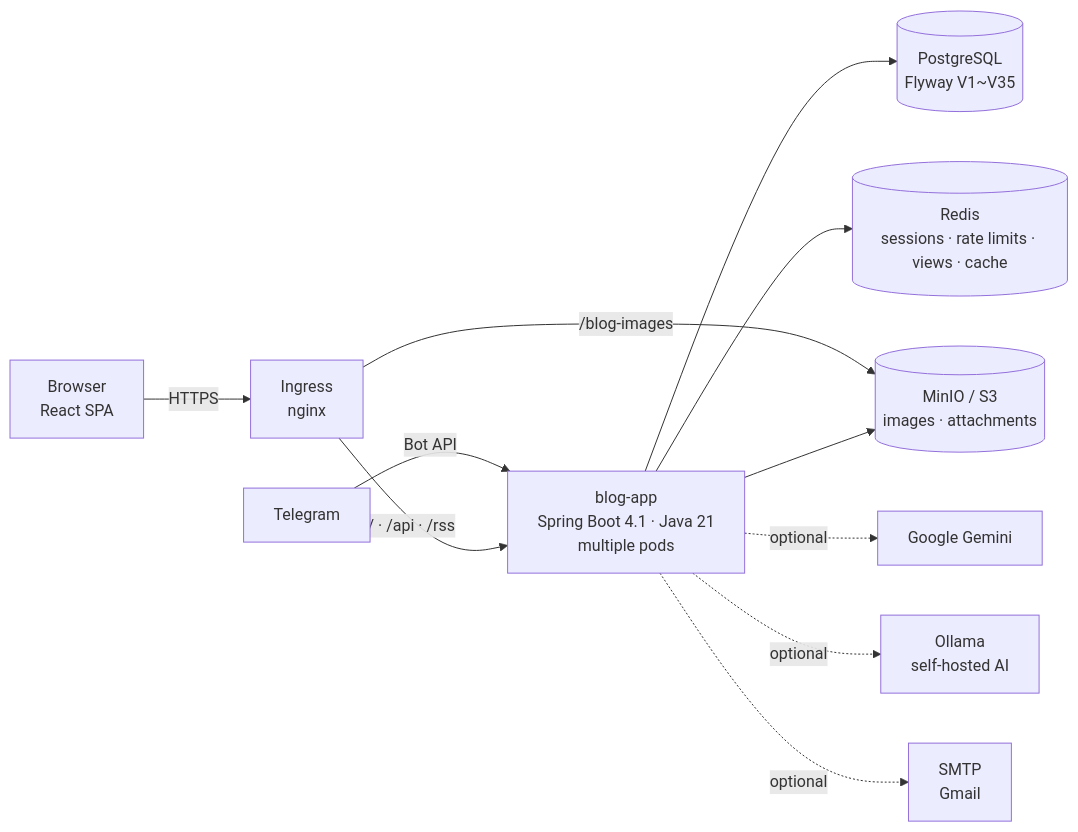
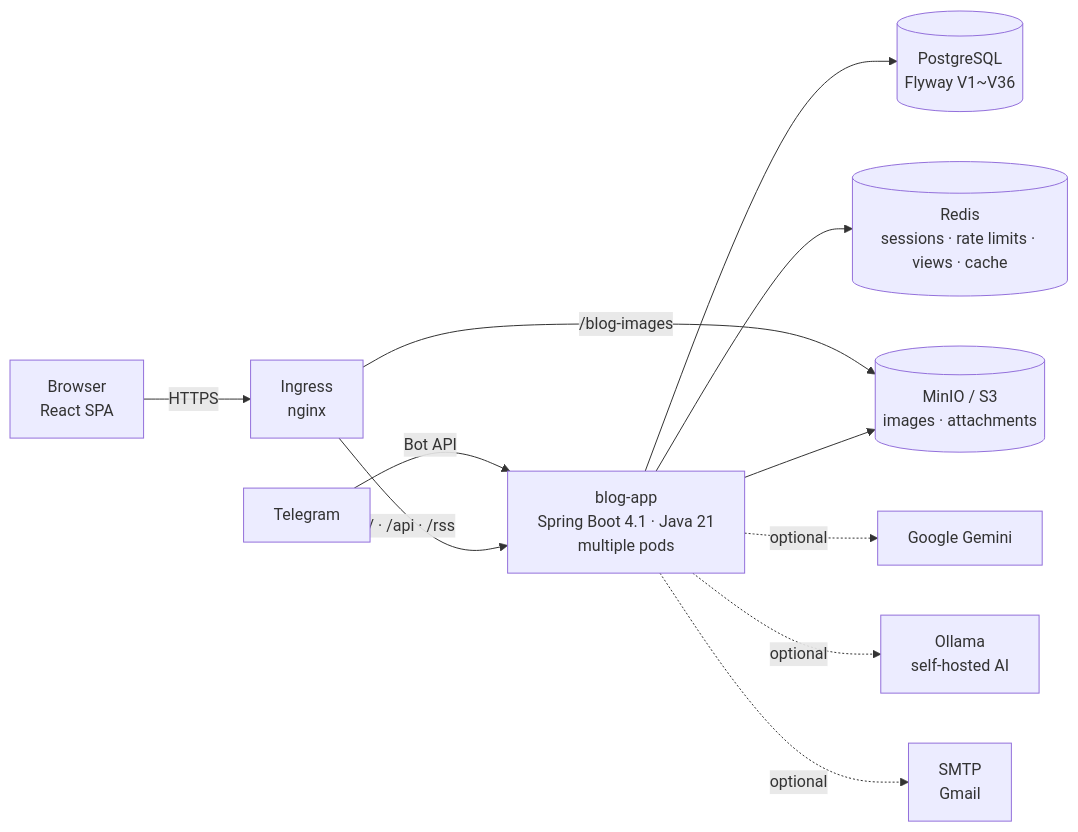
One commit to AIGJ-01-002-blog/devlog changed the first of 3 diagrams in README.en.md. Above: the diagram before and after it, drawn with Mermaid. The commit also changed other lines of this file and 3 other files, not shown here.

````diff
--- a/README.en.md
+++ b/README.en.md
@@ -151,13 +151,13 @@
 ```mermaid
 flowchart LR
     B[Browser<br/>React SPA] -->|HTTPS| I[Ingress<br/>nginx]
     T[Telegram] -->|Bot API| A
     I -->|/ · /api · /rss| A[blog-app<br/>Spring Boot 4.1 · Java 21<br/>multiple pods]
     I -->|/blog-images| M[(MinIO / S3<br/>images · attachments)]
-    A --> P[(PostgreSQL<br/>Flyway V1~V35)]
+    A --> P[(PostgreSQL<br/>Flyway V1~V36)]
     A --> R[(Redis<br/>sessions · rate limits · views · cache)]
     A --> M
     A -.optional.-> G[Google Gemini]
     A -.optional.-> O[Ollama<br/>self-hosted AI]
     A -.optional.-> S[SMTP<br/>Gmail]
 ```
````
